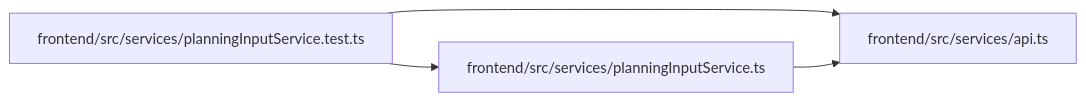
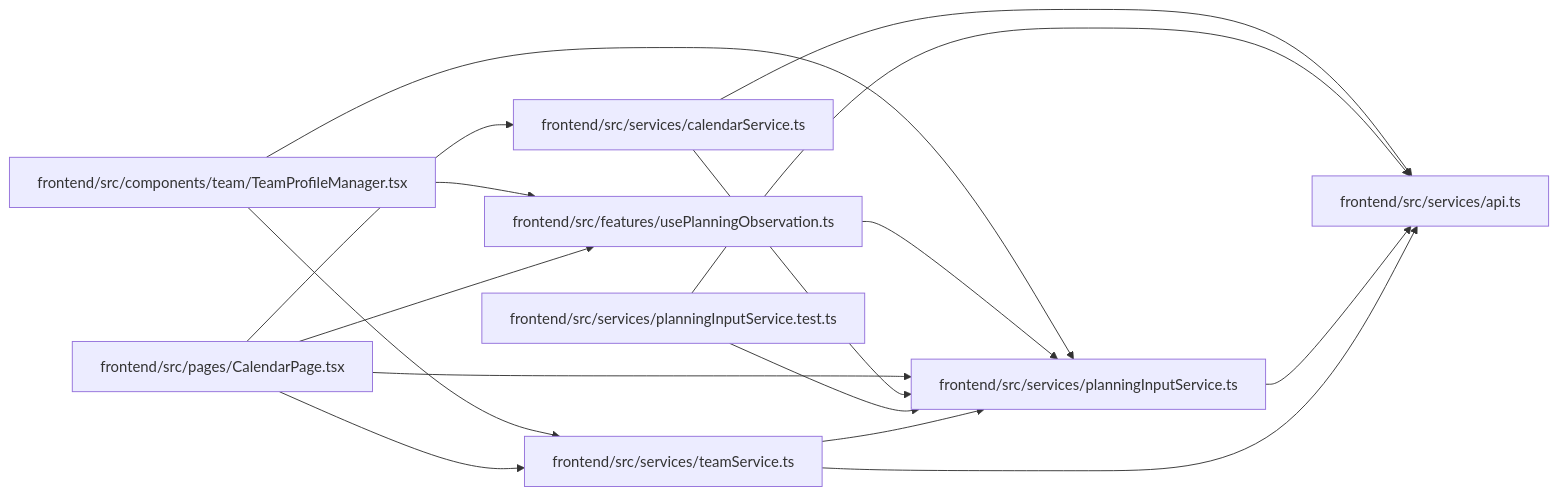
Before and after one commit to Denissvgn/WorkChord: the diagram in docs/llm_wiki/modules/planningInputService.md, drawn with Mermaid. The commit also changed other lines of this file and 512 other files, not shown here.

````diff
--- a/docs/llm_wiki/modules/planningInputService.md
+++ b/docs/llm_wiki/modules/planningInputService.md
@@ -25,12 +25,34 @@
 ```mermaid
 flowchart LR
-    n0["frontend/src/services/api.ts"]
-    n1["frontend/src/services/planningInputService.test.ts"]
-    n2["frontend/src/services/planningInputService.ts"]
-    n1 --> n0
-    n1 --> n2
-    n2 --> n0
-    click n0 "../modules/api.md"
-    click n1 "../modules/planningInputService.test.md"
-    click n2 "../modules/planningInputService.md"
+    n0["frontend/src/components/team/TeamProfileManager.tsx"]
+    n1["frontend/src/features/usePlanningObservation.ts"]
+    n2["frontend/src/pages/CalendarPage.tsx"]
+    n3["frontend/src/services/api.ts"]
+    n4["frontend/src/services/calendarService.ts"]
+    n5["frontend/src/services/planningInputService.test.ts"]
+    n6["frontend/src/services/planningInputService.ts"]
+    n7["frontend/src/services/teamService.ts"]
+    n0 --> n1
+    n0 --> n6
+    n0 --> n7
+    n1 --> n6
+    n2 --> n1
+    n2 --> n4
+    n2 --> n6
+    n2 --> n7
+    n4 --> n3
+    n4 --> n6
+    n5 --> n3
+    n5 --> n6
+    n6 --> n3
+    n7 --> n3
+    n7 --> n6
+    click n0 "../modules/TeamProfileManager.md"
+    click n1 "../modules/usePlanningObservation.md"
+    click n2 "../modules/CalendarPage.md"
+    click n3 "../modules/api.md"
+    click n4 "../modules/calendarService.md"
+    click n5 "../modules/planningInputService.test.md"
+    click n6 "../modules/planningInputService.md"
+    click n7 "../modules/teamService.md"
 ```
````
